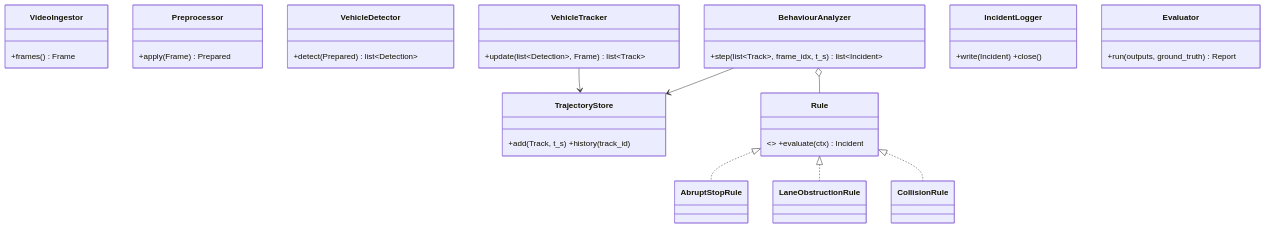
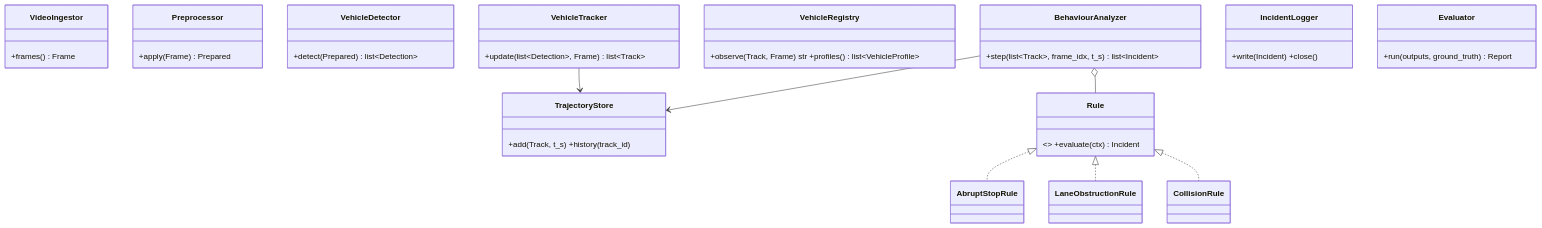
One commit to dilconkihoro/traffic-incident-detection-public changed the fourth of 4 diagrams in docs/02_ARCHITECTURE_AND_RULES.md. Above: the diagram before and after it, drawn with Mermaid. The commit also changed other lines of this file and 53 other files, not shown here.

````diff
--- a/docs/02_ARCHITECTURE_AND_RULES.md
+++ b/docs/02_ARCHITECTURE_AND_RULES.md
@@ -253,21 +296,22 @@
 ```mermaid
 classDiagram
     class VideoIngestor { +frames() Frame }
     class Preprocessor { +apply(Frame) Prepared }
     class VehicleDetector { +detect(Prepared) list~Detection~ }
     class VehicleTracker { +update(list~Detection~, Frame) list~Track~ }
     class TrajectoryStore { +add(Track, t_s) +history(track_id) }
     class Rule { <<interface>> +evaluate(ctx) Incident }
     class AbruptStopRule
     class LaneObstructionRule
     class CollisionRule
+    class VehicleRegistry { +observe(Track, Frame) str +profiles() list~VehicleProfile~ }
     class BehaviourAnalyzer { +step(list~Track~, frame_idx, t_s) list~Incident~ }
     class IncidentLogger { +write(Incident) +close() }
     class Evaluator { +run(outputs, ground_truth) Report }
     Rule <|.. AbruptStopRule
     Rule <|.. LaneObstructionRule
     Rule <|.. CollisionRule
     BehaviourAnalyzer o-- Rule
     BehaviourAnalyzer --> TrajectoryStore
     VehicleTracker --> TrajectoryStore
 ```
````
